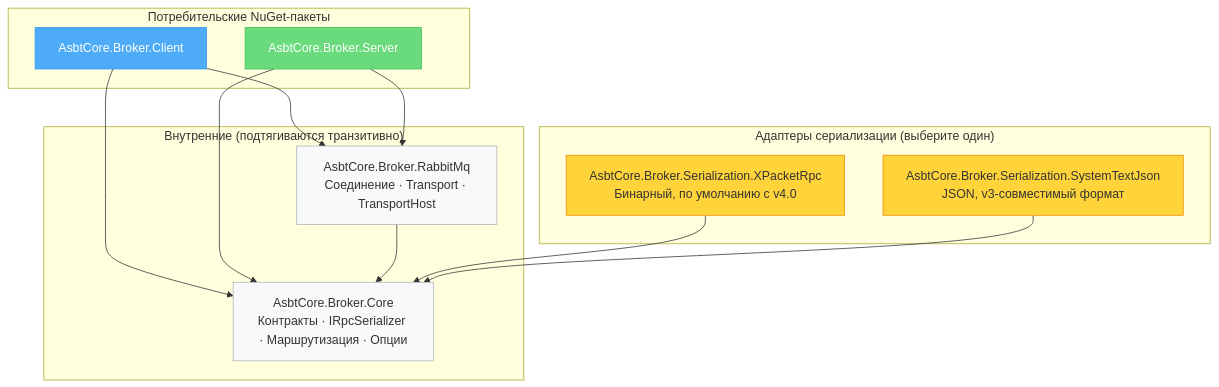
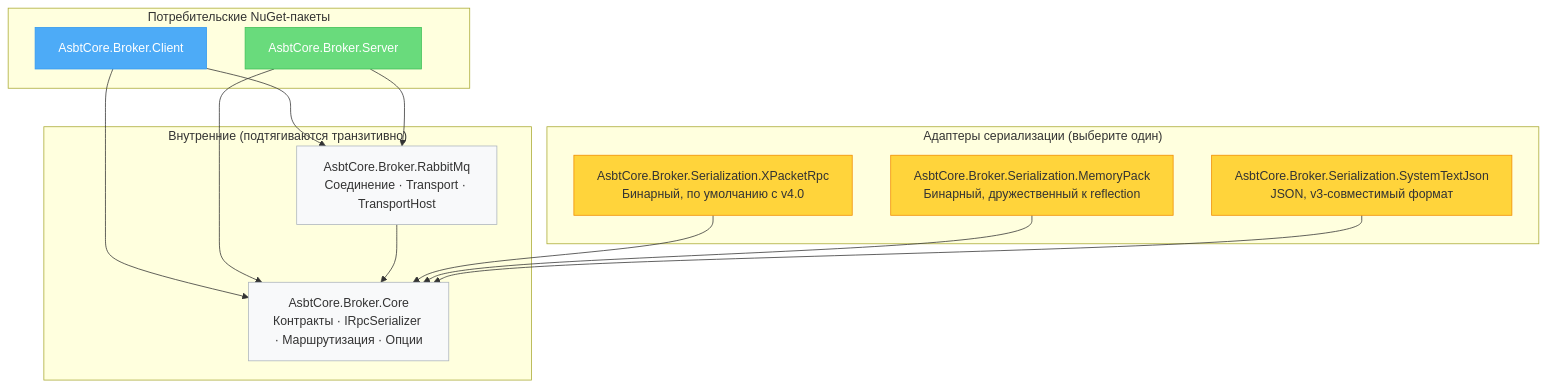
Before and after one commit to Sardor557/RabbitMq.RPC: the first of 6 diagrams in README.ru.md, drawn with Mermaid. The commit also changed other lines of this file and 9 other files, not shown here.

````diff
--- a/README.ru.md
+++ b/README.ru.md
@@ -31,30 +31,33 @@
 ```mermaid
 graph TD
     subgraph public["Потребительские NuGet-пакеты"]
         CLIENT["AsbtCore.Broker.Client"]
         SERVER["AsbtCore.Broker.Server"]
     end
     subgraph adapters["Адаптеры сериализации (выберите один)"]
         XPRPC["AsbtCore.Broker.Serialization.XPacketRpc\nБинарный, по умолчанию с v4.0"]
+        MEMPACK["AsbtCore.Broker.Serialization.MemoryPack\nБинарный, дружественный к reflection"]
         STJ["AsbtCore.Broker.Serialization.SystemTextJson\nJSON, v3-совместимый формат"]
     end
     subgraph internal["Внутренние (подтягиваются транзитивно)"]
         CORE["AsbtCore.Broker.Core\nКонтракты · IRpcSerializer · Маршрутизация · Опции"]
         RMQ["AsbtCore.Broker.RabbitMq\nСоединение · Transport · TransportHost"]
     end
 
     CLIENT --> CORE
     CLIENT --> RMQ
     SERVER --> CORE
     SERVER --> RMQ
     RMQ    --> CORE
-    XPRPC  --> CORE
-    STJ    --> CORE
+    XPRPC   --> CORE
+    MEMPACK --> CORE
+    STJ     --> CORE
 
-    style CLIENT fill:#4dabf7,color:#fff,stroke:#339af0
-    style SERVER fill:#69db7c,color:#fff,stroke:#40c057
-    style XPRPC  fill:#ffd43b,stroke:#f08c00
-    style STJ    fill:#ffd43b,stroke:#f08c00
-    style CORE   fill:#f8f9fa,stroke:#adb5bd
-    style RMQ    fill:#f8f9fa,stroke:#adb5bd
+    style CLIENT  fill:#4dabf7,color:#fff,stroke:#339af0
+    style SERVER  fill:#69db7c,color:#fff,stroke:#40c057
+    style XPRPC   fill:#ffd43b,stroke:#f08c00
+    style MEMPACK fill:#ffd43b,stroke:#f08c00
+    style STJ     fill:#ffd43b,stroke:#f08c00
+    style CORE    fill:#f8f9fa,stroke:#adb5bd
+    style RMQ     fill:#f8f9fa,stroke:#adb5bd
 ```
````
